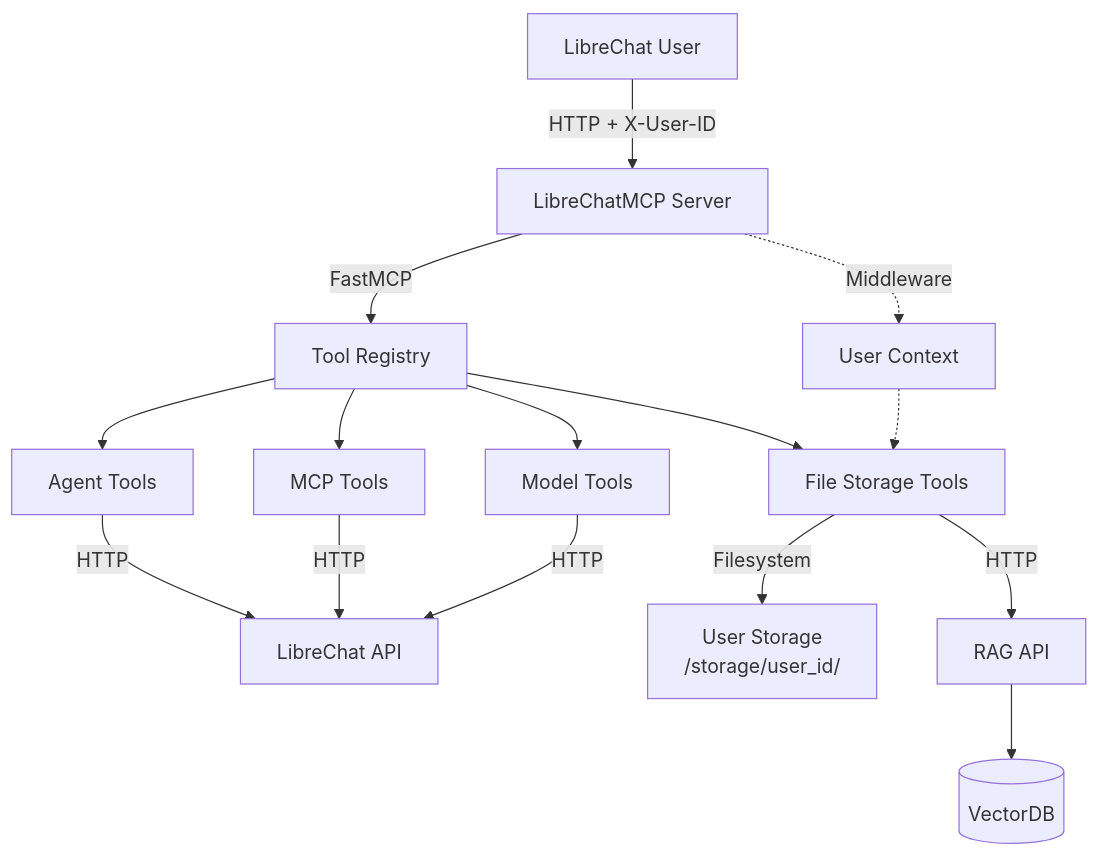
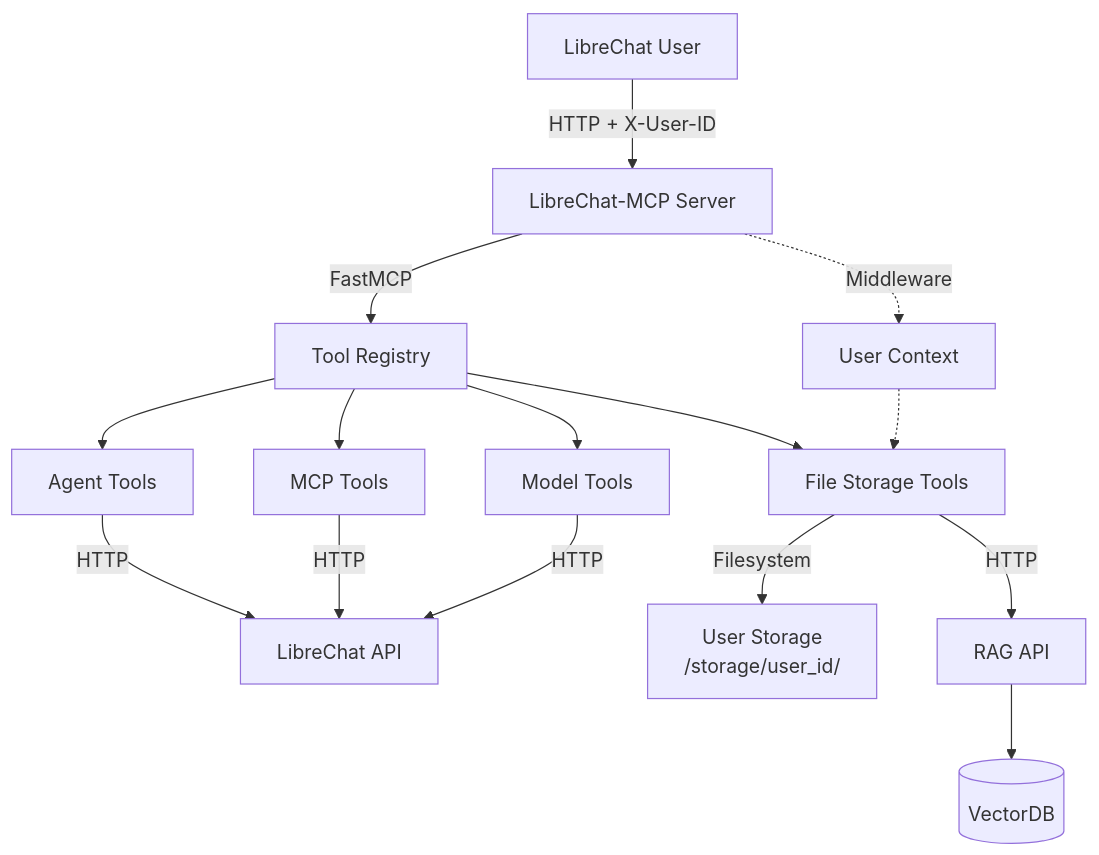
Before and after one commit to simonvanlaak/LibreChatMCP: the diagram in README.md, drawn with Mermaid. The commit also changed other lines of this file and 1 other file, not shown here.

````diff
--- a/README.md
+++ b/README.md
@@ -200,21 +200,21 @@
 ```mermaid
 graph TB
-    A[LibreChat User] -->|HTTP + X-User-ID| B[LibreChatMCP Server]
+    A[LibreChat User] -->|HTTP + X-User-ID| B[LibreChat-MCP Server]
     B -->|FastMCP| C[Tool Registry]
     
     C --> D[Agent Tools]
     C --> E[MCP Tools]
     C --> F[Model Tools]
     C --> G[File Storage Tools]
     
     D -->|HTTP| H[LibreChat API]
     E -->|HTTP| H
     F -->|HTTP| H
     
     G -->|Filesystem| I[User Storage<br/>/storage/user_id/]
     G -->|HTTP| J[RAG API]
     J --> K[(VectorDB)]
     
     B -.->|Middleware| L[User Context]
     L -.-> G
 ```
````
